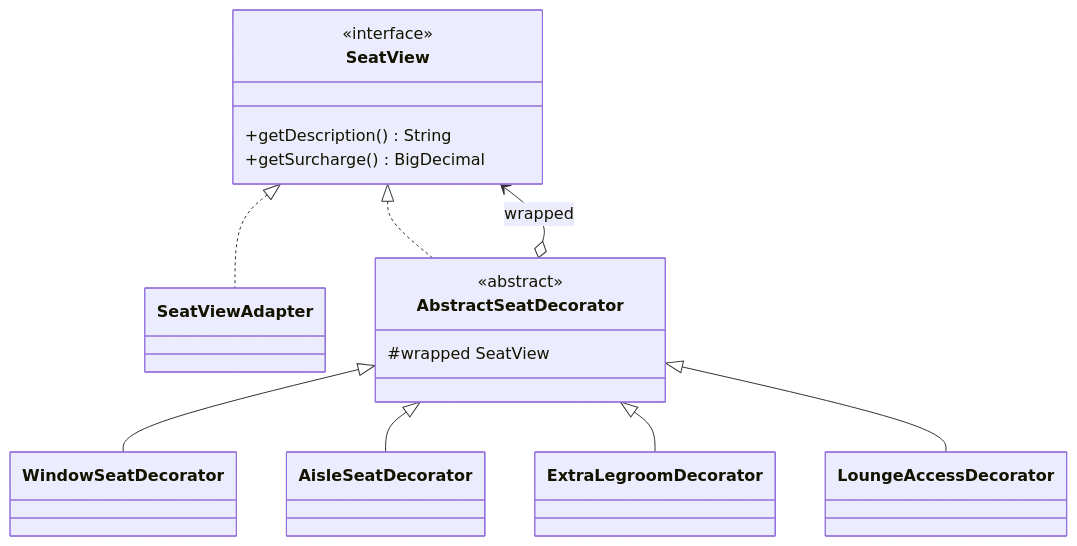
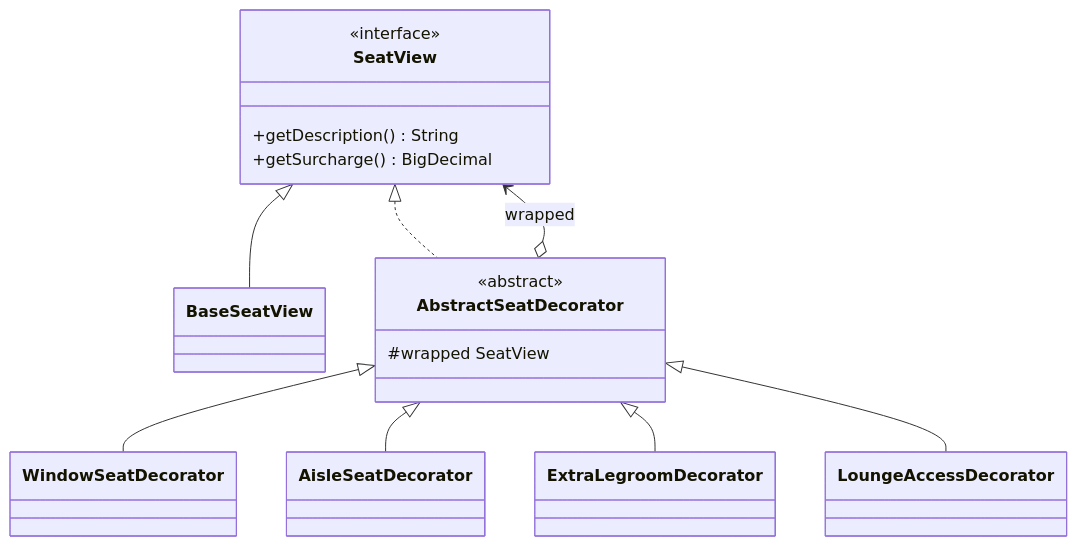
Before and after one commit to gimjungwook/KoreanAirReservationDomain: the seventh of 8 diagrams in docs/iteration-reports/iteration-4-ko.md, drawn with Mermaid. The commit also changed other lines of this file and 10 other files, not shown here.

Commit message:
Improve iter4 deck flow UX and align docs/code references

````diff
--- a/docs/iteration-reports/iteration-4-ko.md
+++ b/docs/iteration-reports/iteration-4-ko.md
@@ -581,20 +577,20 @@
 ```mermaid
 classDiagram
     class SeatView {
         <<interface>>
         +getDescription() String
         +getSurcharge() BigDecimal
     }
-    class SeatViewAdapter
+    class BaseSeatView
     class AbstractSeatDecorator {
         <<abstract>>
         #wrapped SeatView
     }
-    SeatView <|.. SeatViewAdapter
+    SeatView <|-- BaseSeatView
     SeatView <|.. AbstractSeatDecorator
     AbstractSeatDecorator o--> SeatView : wrapped
     AbstractSeatDecorator <|-- WindowSeatDecorator
     AbstractSeatDecorator <|-- AisleSeatDecorator
     AbstractSeatDecorator <|-- ExtraLegroomDecorator
     AbstractSeatDecorator <|-- LoungeAccessDecorator
 ```
````
